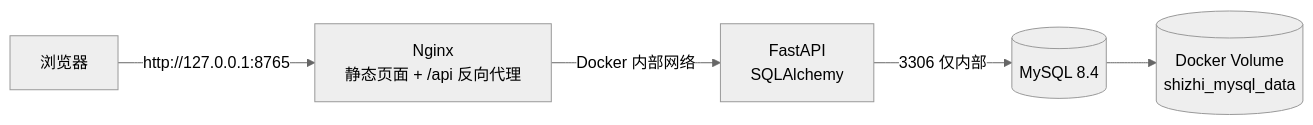
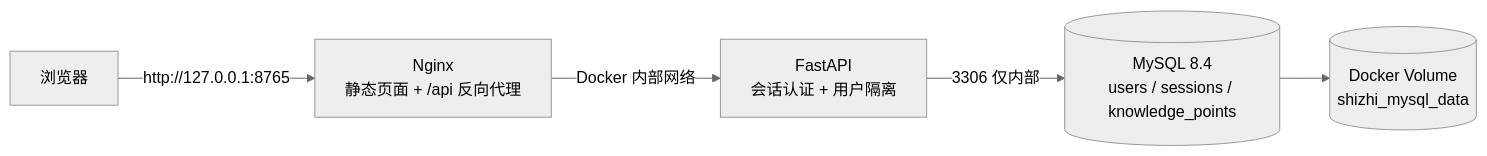
The diagram in README.md (jaker-fk/shizhi), drawn with Mermaid (neutral theme) before and after one commit. The commit also changed other lines of this file and 19 other files, not shown here.

````diff
--- a/README.md
+++ b/README.md
@@ -84,7 +103,7 @@
 ```mermaid
 flowchart LR
     U[浏览器] -->|http://127.0.0.1:8765| W[Nginx<br/>静态页面 + /api 反向代理]
-    W -->|Docker 内部网络| A[FastAPI<br/>SQLAlchemy]
-    A -->|3306 仅内部| D[(MySQL 8.4)]
+    W -->|Docker 内部网络| A[FastAPI<br/>会话认证 + 用户隔离]
+    A -->|3306 仅内部| D[(MySQL 8.4<br/>users / sessions / knowledge_points)]
     D --> V[(Docker Volume<br/>shizhi_mysql_data)]
 ```
````
